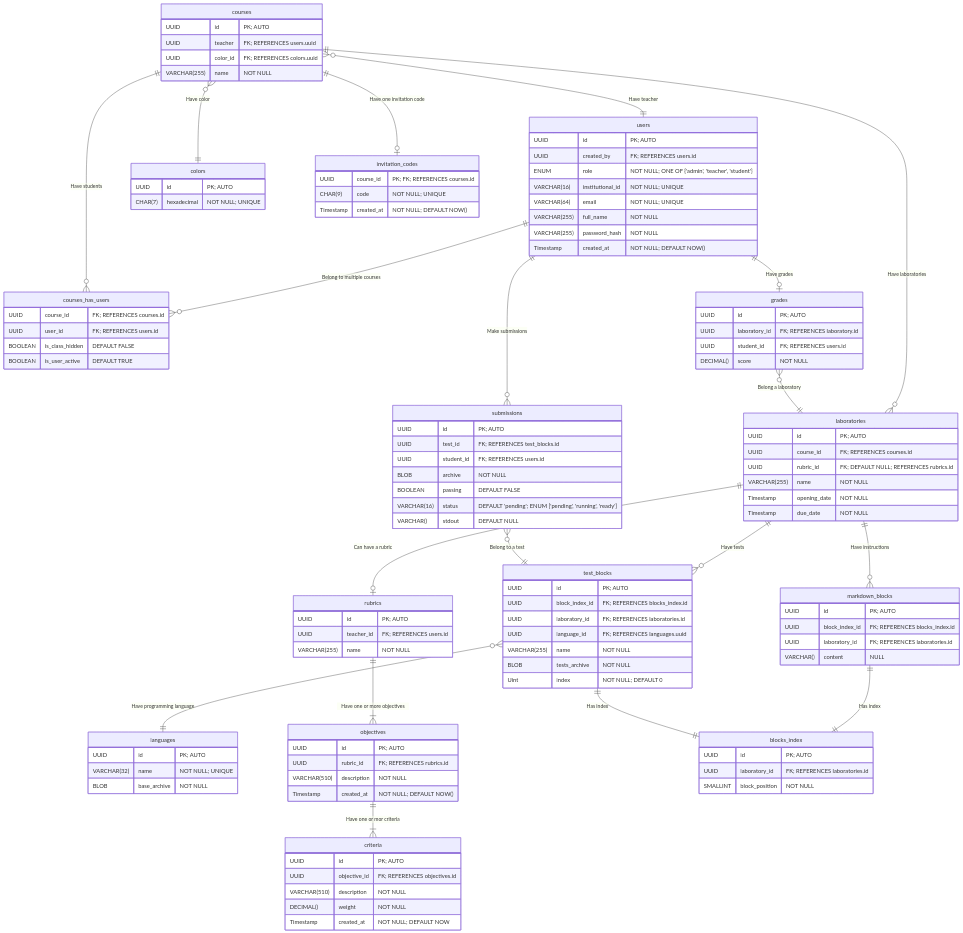
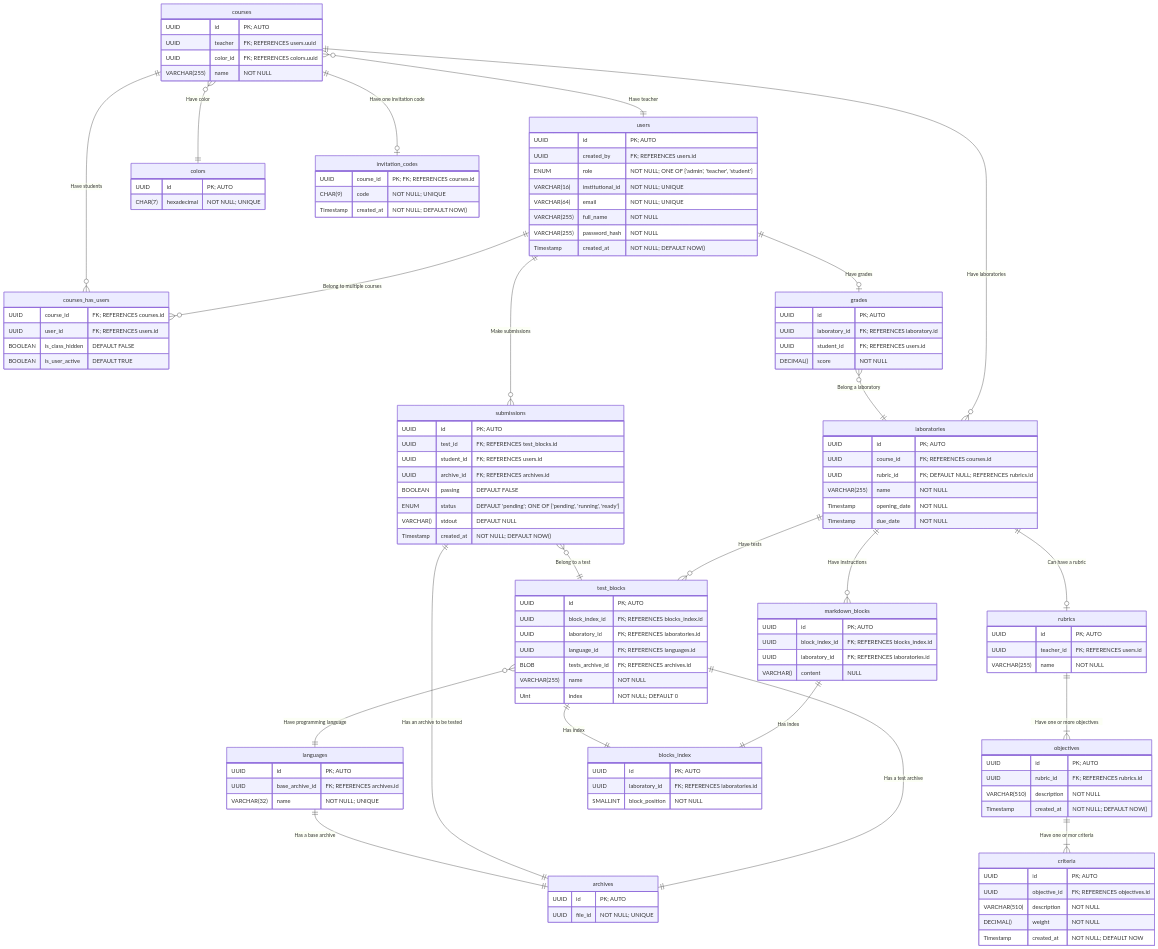
One commit to upb-code-labs/docs changed the diagram in database/diagram.md. Above: the diagram before and after it, drawn with Mermaid.

Commit message:
docs: Create `archives` table
Create a new table to save the UUID of the archives when they are saved in the static files micro service

```diff
--- a/database/diagram.md
+++ b/database/diagram.md
@@ -26,6 +26,11 @@
 
     markdown_blocks ||--|| blocks_index:    "Has index"
     test_blocks ||--|| blocks_index:        "Has index"
+
+    test_blocks ||--|| archives:        "Has a test archive"
+    submissions ||--|| archives:        "Has an archive to be tested"
+    languages ||--|| archives:          "Has a base archive"
+
 
     users {
         UUID            id                  "PK; AUTO"
@@ -86,29 +91,35 @@
     }
 
     test_blocks {
-        UUID            id              "PK; AUTO"
-        UUID            block_index_id  "FK; REFERENCES blocks_index.id"
-        UUID            laboratory_id   "FK; REFERENCES laboratories.id"
-        UUID            language_id     "FK; REFERENCES languages.uuid"
-        VARCHAR(255)    name            "NOT NULL"
-        BLOB            tests_archive   "NOT NULL"
-        Uint            index           "NOT NULL; DEFAULT 0"
+        UUID            id                  "PK; AUTO"
+        UUID            block_index_id      "FK; REFERENCES blocks_index.id"
+        UUID            laboratory_id       "FK; REFERENCES laboratories.id"
+        UUID            language_id         "FK; REFERENCES languages.id"
+        BLOB            tests_archive_id    "FK; REFERENCES archives.id"
+        VARCHAR(255)    name                "NOT NULL"
+        Uint            index               "NOT NULL; DEFAULT 0"
     }
 
     languages {
+        UUID             id                 "PK; AUTO"
+        UUID             base_archive_id    "FK; REFERENCES archives.id"
+        VARCHAR(32)      name               "NOT NULL; UNIQUE"
+    }
+
+    archives {
         UUID            id              "PK; AUTO"
-        VARCHAR(32)      name            "NOT NULL; UNIQUE"
-        BLOB             base_archive    "NOT NULL"
+        UUID            file_id         "NOT NULL; UNIQUE"
     }
 
     submissions {
         UUID            id                  "PK; AUTO"
         UUID            test_id             "FK; REFERENCES test_blocks.id"
         UUID            student_id          "FK; REFERENCES users.id"
-        BLOB            archive             "NOT NULL"
+        UUID            archive_id          "FK; REFERENCES archives.id"
         BOOLEAN         passing             "DEFAULT FALSE"
-        VARCHAR(16)     status              "DEFAULT 'pending'; ENUM ['pending', 'running', 'ready']"
+        ENUM            status              "DEFAULT 'pending'; ONE OF {'pending', 'running', 'ready'}"
         VARCHAR()       stdout              "DEFAULT NULL"
+        Timestamp       created_at          "NOT NULL; DEFAULT NOW()"
     }
 
     rubrics {
```
